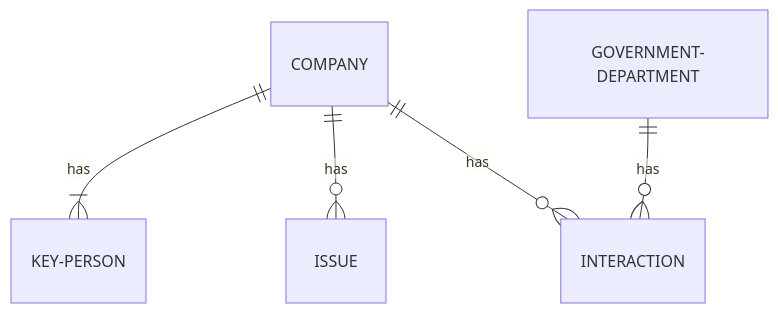
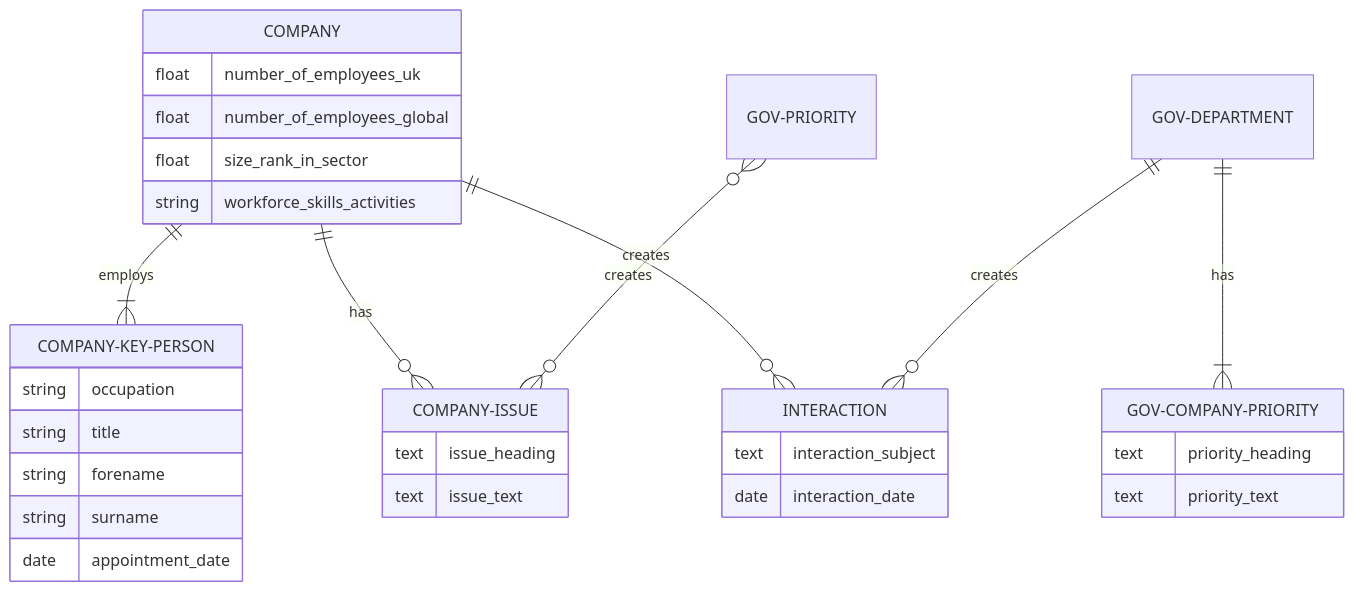
Before and after one commit to uktrade/strategic-companies-list: the diagram in entity_diagram.md, drawn with Mermaid.

Commit message:
adding entity properties

````diff
--- a/entity_diagram.md
+++ b/entity_diagram.md
@@ -1,7 +1,35 @@
 ```mermaid
 erDiagram
-    COMPANY ||--|{ KEY-PERSON: has
-    COMPANY ||--o{ ISSUE: has
-    COMPANY ||--o{ INTERACTION: has
-    GOVERNMENT-DEPARTMENT ||--o{ INTERACTION: has
+    COMPANY ||--|{ COMPANY-KEY-PERSON: employs
+    COMPANY ||--o{ COMPANY-ISSUE: has
+    COMPANY ||--o{ INTERACTION: creates
+    GOV-DEPARTMENT ||--o{ INTERACTION: creates
+    GOV-DEPARTMENT ||--|{ GOV-COMPANY-PRIORITY: has
+    GOV-PRIORITY }o--o{ COMPANY-ISSUE: creates
+    COMPANY{
+        float number_of_employees_uk
+        float number_of_employees_global
+        float size_rank_in_sector
+        string workforce_skills_activities
+    }
+    COMPANY-KEY-PERSON{
+        string occupation
+        string title
+        string forename
+        string surname
+        date appointment_date
+    }
+    COMPANY-ISSUE{
+        text issue_heading
+        text issue_text
+    }
+    GOV-COMPANY-PRIORITY{
+        text priority_heading
+        text priority_text
+    }
+    INTERACTION{
+        text interaction_subject
+        date interaction_date
+    }
+    
 ```
````
